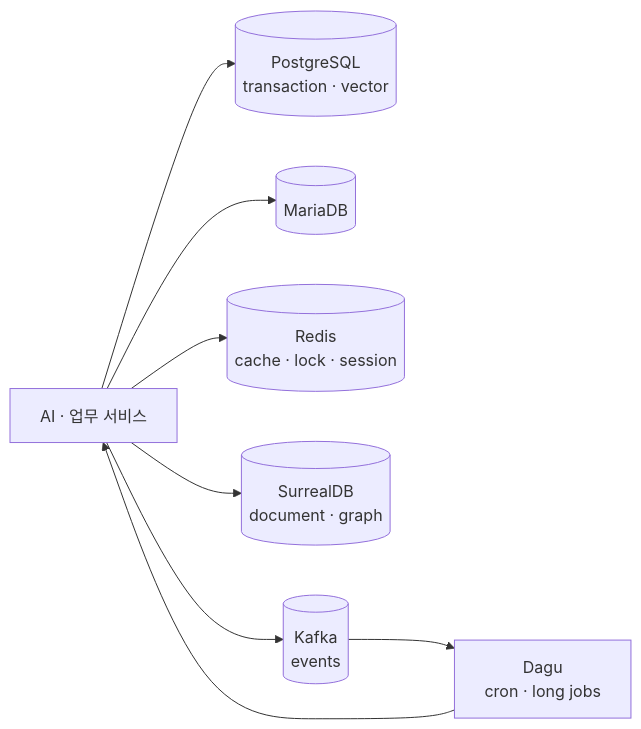
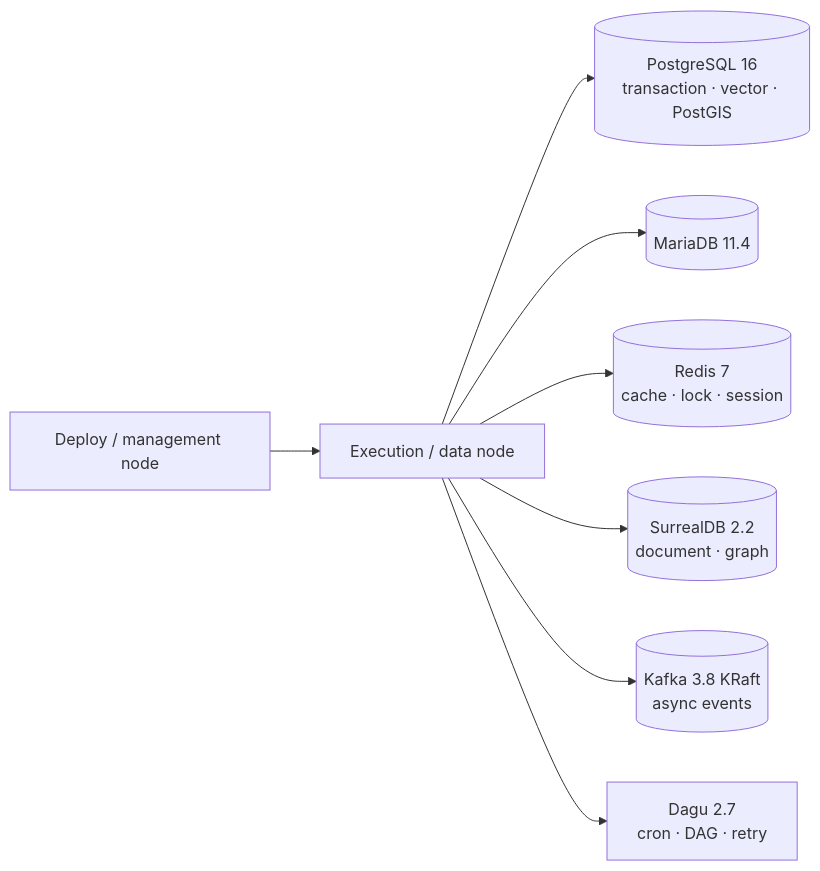
The second of 3 diagrams in docs/projects/ai-data-infra.md (devcy0922/devcy0922.github.io), drawn with Mermaid before and after one commit. The commit also changed other lines of this file and 32 other files, not shown here.

````diff
--- a/docs/projects/ai-data-infra.md
+++ b/docs/projects/ai-data-infra.md
@@ -13,10 +39,10 @@
 ```mermaid
 flowchart LR
-    Apps[AI · 업무 서비스] --> PG[(PostgreSQL\ntransaction · vector)]
-    Apps --> MY[(MariaDB)]
-    Apps --> RD[(Redis\ncache · lock · session)]
-    Apps --> SD[(SurrealDB\ndocument · graph)]
-    Apps --> KF[(Kafka\nevents)]
-    KF --> DG[Dagu\ncron · long jobs]
-    DG --> Apps
+    Mgmt[Deploy / management node] --> Runtime[Execution / data node]
+    Runtime --> PG[(PostgreSQL 16\ntransaction · vector · PostGIS)]
+    Runtime --> MY[(MariaDB 11.4)]
+    Runtime --> RD[(Redis 7\ncache · lock · session)]
+    Runtime --> SD[(SurrealDB 2.2\ndocument · graph)]
+    Runtime --> KF[(Kafka 3.8 KRaft\nasync events)]
+    Runtime --> DG[Dagu 2.7\ncron · DAG · retry]
 ```
````
